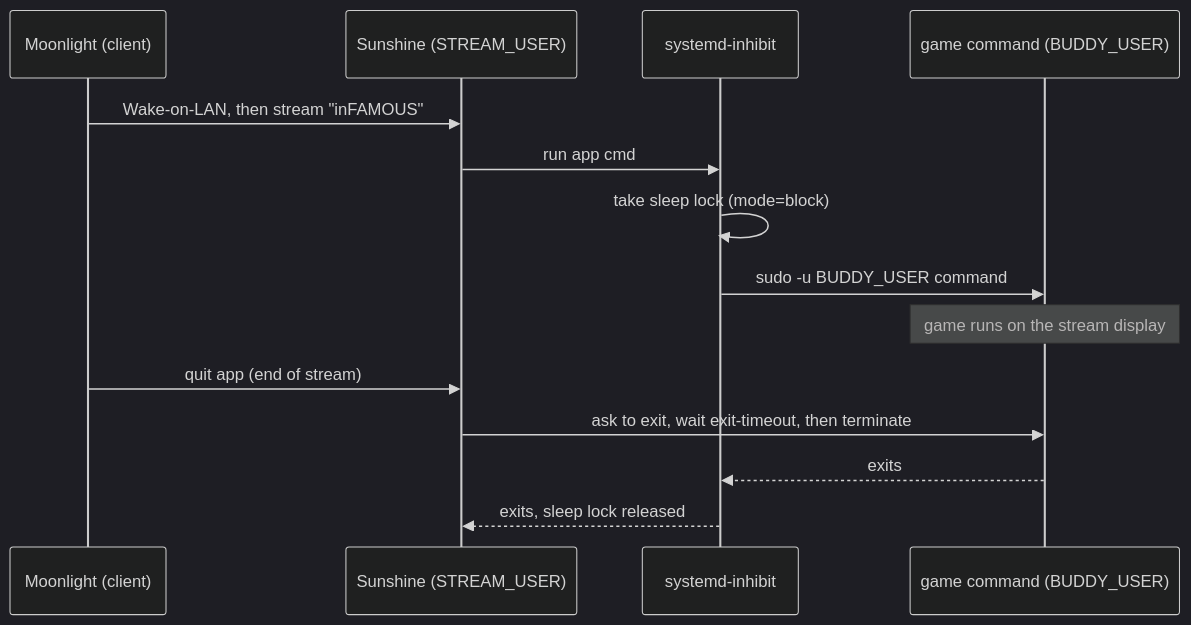
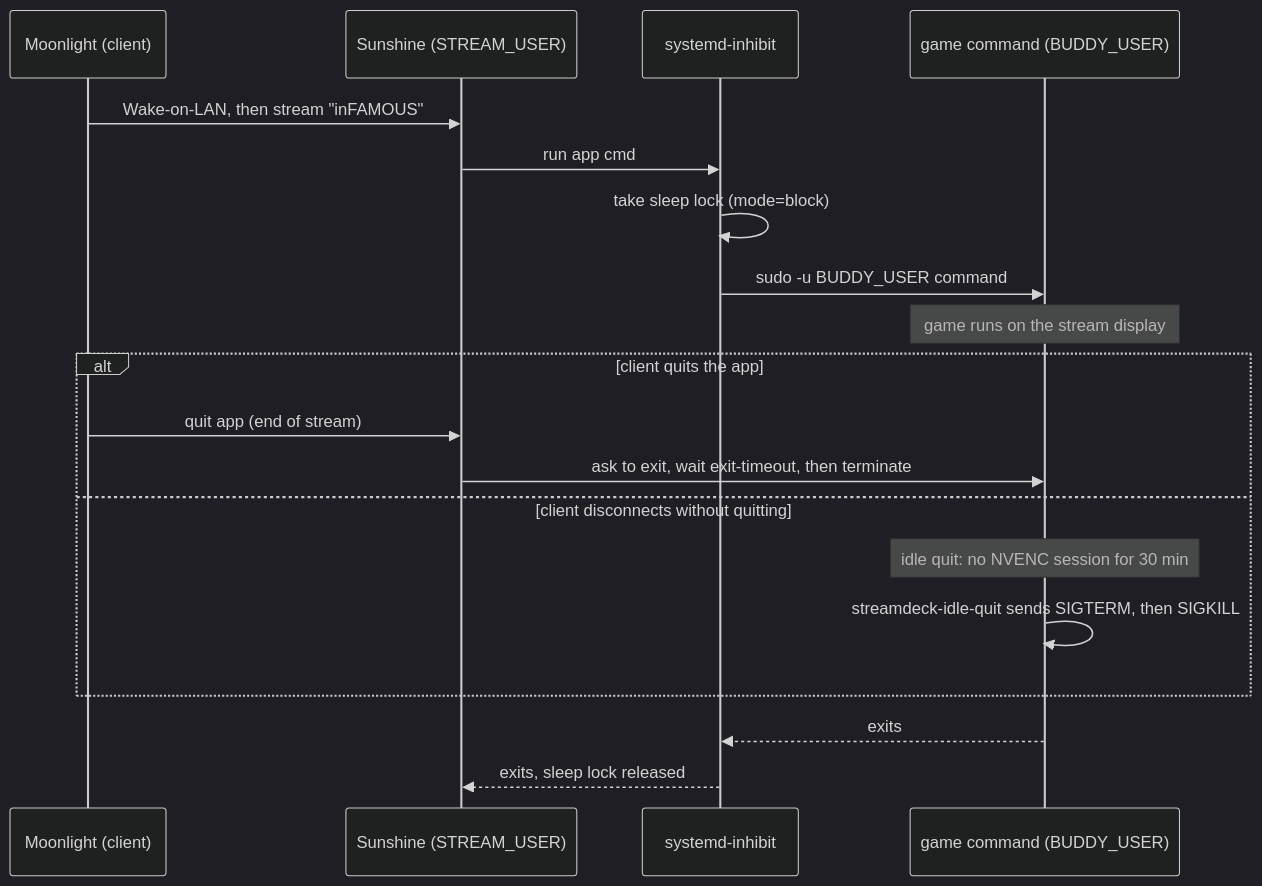
One commit to BenStringer3/StreamDeck2 changed the first of 3 diagrams in docs/architecture.md. Above: the diagram before and after it, drawn with Mermaid (dark theme). The commit also changed other lines of this file and 6 other files, not shown here.

First line of the commit message:
feat: quit per-game apps no client has streamed for 30 minutes

````diff
--- a/docs/architecture.md
+++ b/docs/architecture.md
@@ -27,16 +27,21 @@
 ```mermaid
 sequenceDiagram
     participant Deck as Moonlight (client)
     participant Sun as Sunshine (STREAM_USER)
     participant Inh as systemd-inhibit
     participant Game as game command (BUDDY_USER)
     Deck->>Sun: Wake-on-LAN, then stream "inFAMOUS"
     Sun->>Inh: run app cmd
     Inh->>Inh: take sleep lock (mode=block)
     Inh->>Game: sudo -u BUDDY_USER command
     Note over Game: game runs on the stream display
-    Deck->>Sun: quit app (end of stream)
-    Sun->>Game: ask to exit, wait exit-timeout, then terminate
+    alt client quits the app
+        Deck->>Sun: quit app (end of stream)
+        Sun->>Game: ask to exit, wait exit-timeout, then terminate
+    else client disconnects without quitting
+        Note over Game: idle quit: no NVENC session for 30 min
+        Game->>Game: streamdeck-idle-quit sends SIGTERM, then SIGKILL
+    end
     Game-->>Inh: exits
     Inh-->>Sun: exits, sleep lock released
 ```
````
